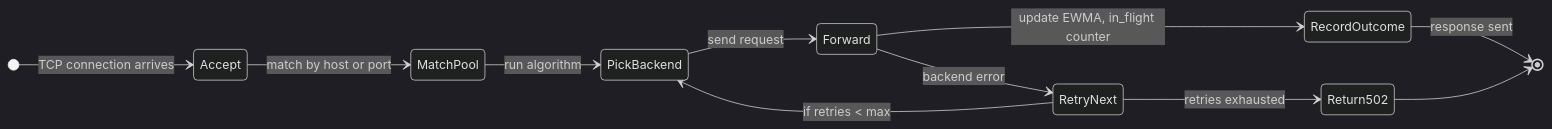
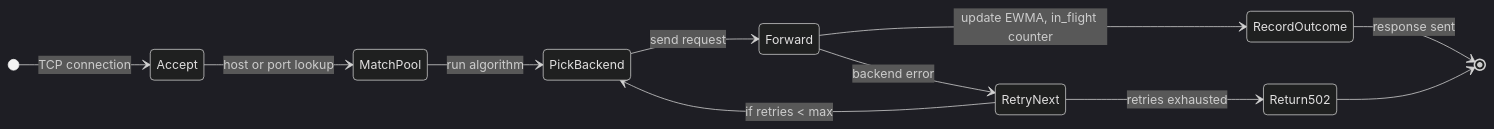
The first of 5 diagrams in problems/016-load-balancer/solution.md (shiningflash/system-design), drawn with Mermaid (dark theme) before and after one commit. The commit also changed other lines of this file and 37 other files, not shown here.

````diff
--- a/problems/016-load-balancer/solution.md
+++ b/problems/016-load-balancer/solution.md
@@ -116,14 +114,14 @@
 ```mermaid
 stateDiagram-v2
     direction LR
-    [*] --> Accept: TCP connection arrives
-    Accept --> MatchPool: match by host or port
+    [*] --> Accept: TCP connection
+    Accept --> MatchPool: host or port lookup
     MatchPool --> PickBackend: run algorithm
     PickBackend --> Forward: send request
     Forward --> RecordOutcome: update EWMA, in_flight counter
     RecordOutcome --> [*]: response sent
     Forward --> RetryNext: backend error
     RetryNext --> PickBackend: if retries < max
     RetryNext --> Return502: retries exhausted
     Return502 --> [*]
 ```
````
